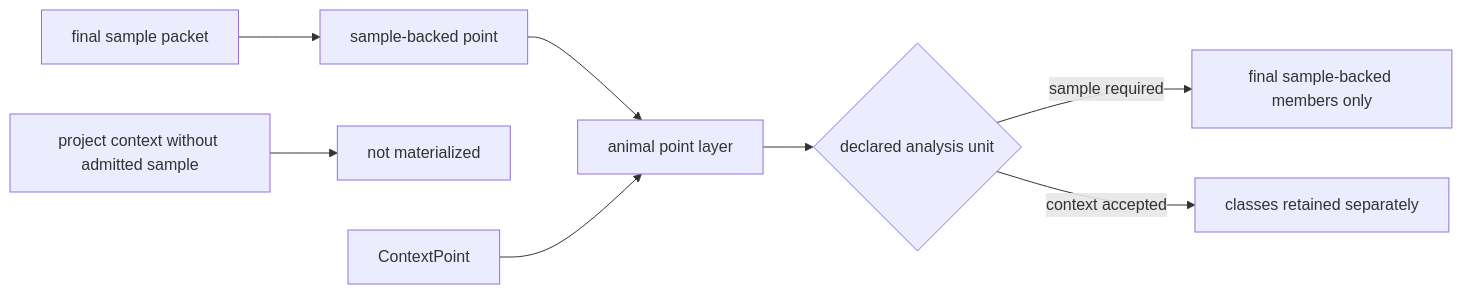
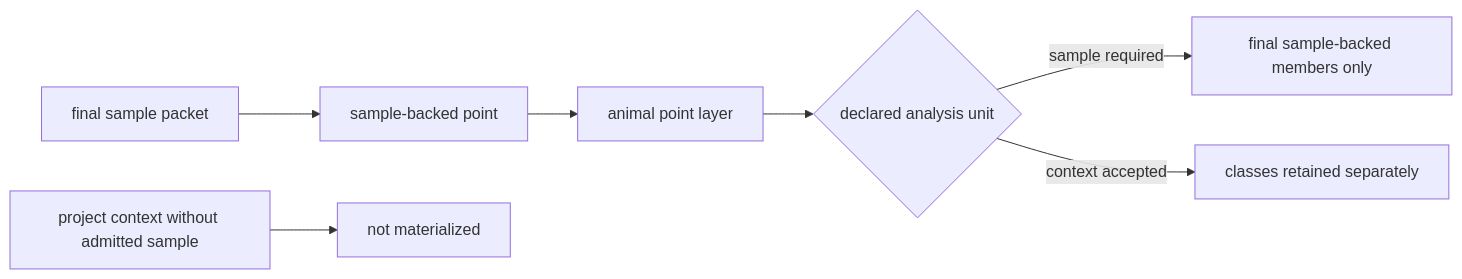
Before and after one commit to bijux/bijux-pollenomics: the second of 4 diagrams in docs/public/pollenomics-data/publications/point-rules.md, drawn with Mermaid. The commit also changed other lines of this file and 6 other files, not shown here.

````diff
--- a/docs/public/pollenomics-data/publications/point-rules.md
+++ b/docs/public/pollenomics-data/publications/point-rules.md
@@ -114,10 +114,9 @@
 ```mermaid
 flowchart LR
     Direkli["final sample packet"] --> SamplePoint["sample-backed point"]
     Wadi["project context without admitted sample"] --> Excluded["not materialized"]
     SamplePoint --> Layer["animal point layer"]
-    ContextPoint --> Layer
     Layer --> Analysis{"declared analysis unit"}
     Analysis -->|sample required| SamplesOnly["final sample-backed members only"]
     Analysis -->|context accepted| DeclaredMix["classes retained separately"]
 ```
````
